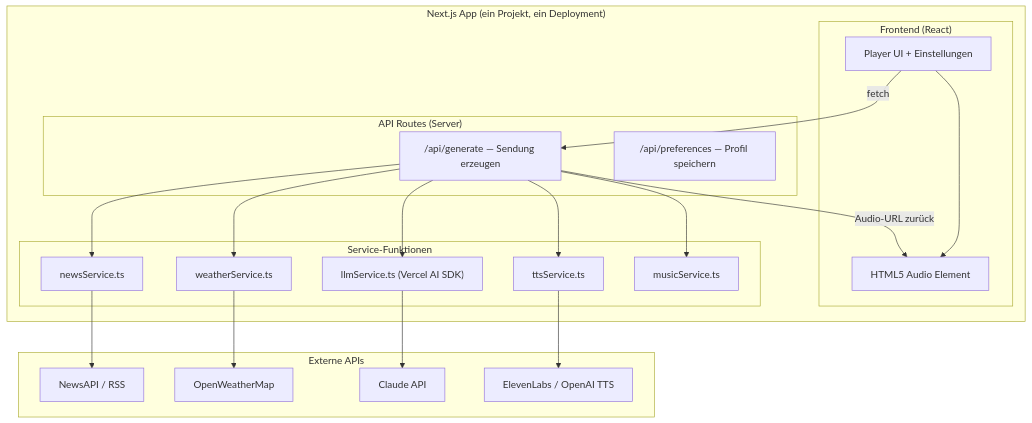
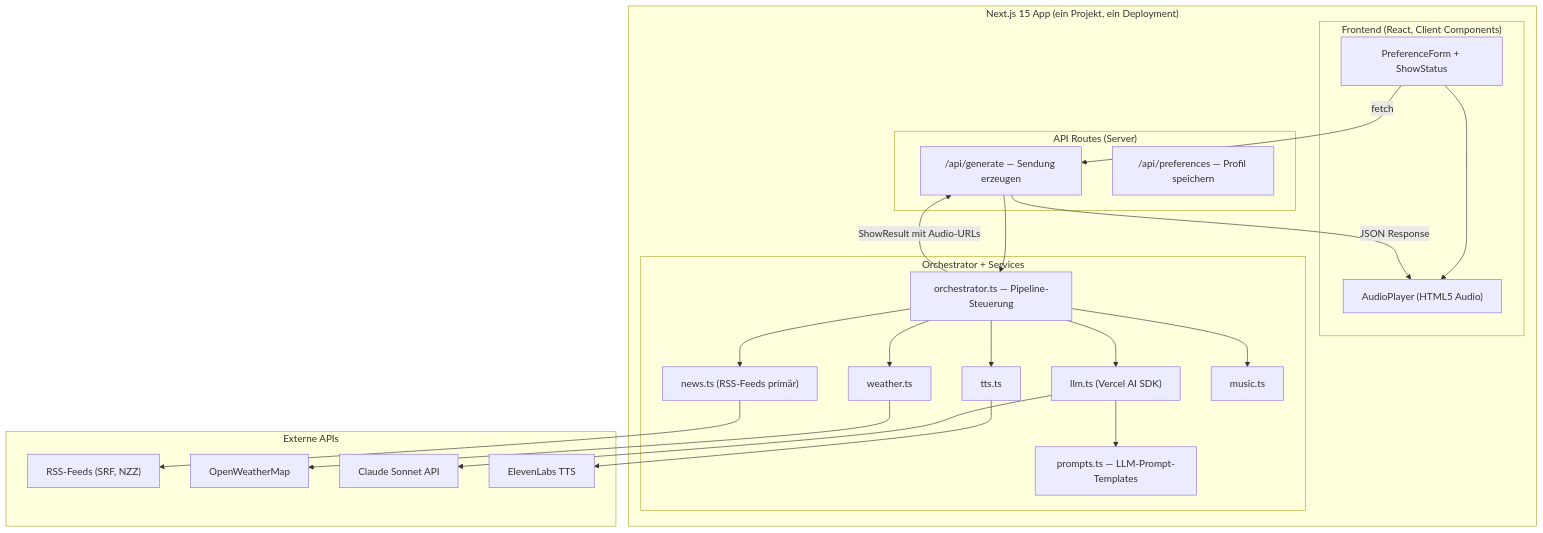
Before and after one commit to MichaelMoeckli/attune: the first of 5 diagrams in techstack_architektur_radion25.md, drawn with Mermaid. The commit also changed other lines of this file and 23 other files, not shown here.

````diff
--- a/techstack_architektur_radion25.md
+++ b/techstack_architektur_radion25.md
@@ -13,38 +13,43 @@
 ```mermaid
 graph TB
-    subgraph App["Next.js App (ein Projekt, ein Deployment)"]
-        subgraph FE["Frontend (React)"]
-            UI["Player UI + Einstellungen"]
-            PLAYER["HTML5 Audio Element"]
+    subgraph App["Next.js 15 App (ein Projekt, ein Deployment)"]
+        subgraph FE["Frontend (React, Client Components)"]
+            UI["PreferenceForm + ShowStatus"]
+            PLAYER["AudioPlayer (HTML5 Audio)"]
         end
 
         subgraph API["API Routes (Server)"]
             GEN["/api/generate — Sendung erzeugen"]
             PREF["/api/preferences — Profil speichern"]
         end
 
-        subgraph Services["Service-Funktionen"]
-            NEWS["newsService.ts"]
-            WEATHER["weatherService.ts"]
-            LLM["llmService.ts (Vercel AI SDK)"]
-            TTS["ttsService.ts"]
-            MUSIC["musicService.ts"]
+        subgraph Pipeline["Orchestrator + Services"]
+            ORCH["orchestrator.ts — Pipeline-Steuerung"]
+            NEWS["news.ts (RSS-Feeds primär)"]
+            WEATHER["weather.ts"]
+            LLM["llm.ts (Vercel AI SDK)"]
+            TTS["tts.ts"]
+            MUSIC["music.ts"]
+            PROMPTS["prompts.ts — LLM-Prompt-Templates"]
         end
     end
 
     subgraph Extern["Externe APIs"]
-        NEWSAPI["NewsAPI / RSS"]
+        RSS["RSS-Feeds (SRF, NZZ)"]
         WEATHERAPI["OpenWeatherMap"]
-        CLAUDE["Claude API"]
-        ELEVEN["ElevenLabs / OpenAI TTS"]
+        CLAUDE["Claude Sonnet API"]
+        ELEVEN["ElevenLabs TTS"]
     end
 
     UI -->|fetch| GEN
     UI --> PLAYER
-    GEN --> NEWS --> NEWSAPI
-    GEN --> WEATHER --> WEATHERAPI
-    GEN --> LLM --> CLAUDE
-    GEN --> TTS --> ELEVEN
-    GEN --> MUSIC
-    GEN -->|Audio-URL zurück| PLAYER
+    GEN --> ORCH
+    ORCH --> NEWS --> RSS
+    ORCH --> WEATHER --> WEATHERAPI
+    ORCH --> LLM --> CLAUDE
+    LLM --> PROMPTS
+    ORCH --> TTS --> ELEVEN
+    ORCH --> MUSIC
+    ORCH -->|ShowResult mit Audio-URLs| GEN
+    GEN -->|JSON Response| PLAYER
 ```
````
